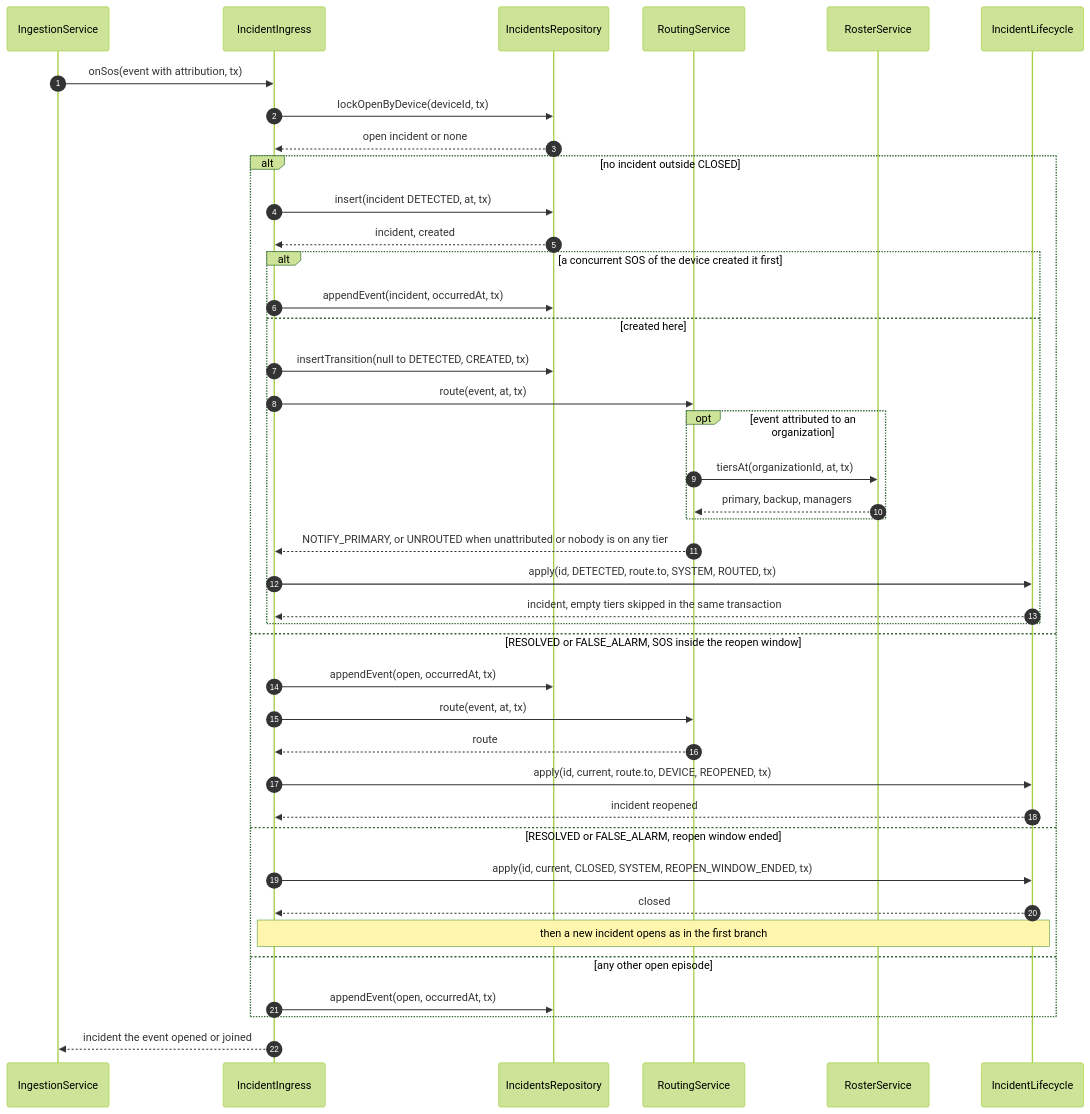
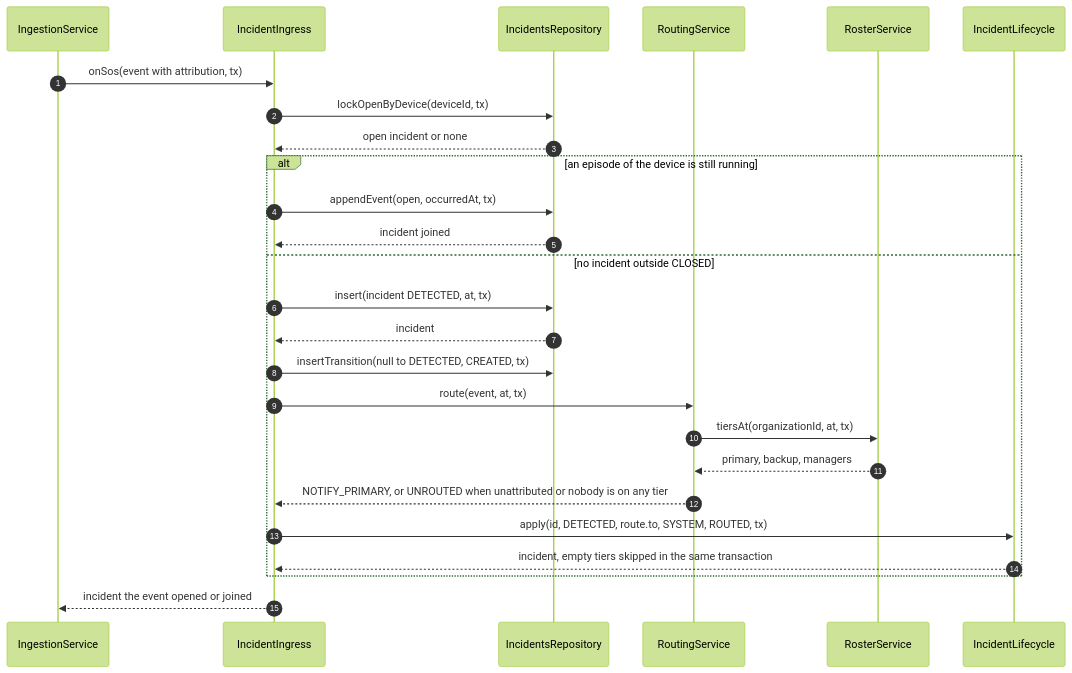
Before and after one commit to TrekLink-Team/treklink-web: the fifth of 10 diagrams in specs/incidents/design.md, drawn with Mermaid (forest theme). The commit also changed other lines of this file and 8 other files, not shown here.

First line of the commit message:
docs: draw one alt per incidents sequence again

````diff
--- a/specs/incidents/design.md
+++ b/specs/incidents/design.md
@@ -379,43 +379,28 @@
 ```mermaid
 sequenceDiagram
     autonumber
     participant G as IngestionService
     participant In as IncidentIngress
     participant R as IncidentsRepository
     participant Ro as RoutingService
     participant Os as RosterService
     participant L as IncidentLifecycle
     G->>In: onSos(event with attribution, tx)
     In->>R: lockOpenByDevice(deviceId, tx)
     R-->>In: open incident or none
-    alt no incident outside CLOSED
+    alt an episode of the device is still running
+        In->>R: appendEvent(open, occurredAt, tx)
+        R-->>In: incident joined
+    else no incident outside CLOSED
         In->>R: insert(incident DETECTED, at, tx)
-        R-->>In: incident, created
-        alt a concurrent SOS of the device created it first
-            In->>R: appendEvent(incident, occurredAt, tx)
-        else created here
-            In->>R: insertTransition(null to DETECTED, CREATED, tx)
-            In->>Ro: route(event, at, tx)
-            opt event attributed to an organization
-                Ro->>Os: tiersAt(organizationId, at, tx)
-                Os-->>Ro: primary, backup, managers
-            end
-            Ro-->>In: NOTIFY_PRIMARY, or UNROUTED when unattributed or nobody is on any tier
-            In->>L: apply(id, DETECTED, route.to, SYSTEM, ROUTED, tx)
-            L-->>In: incident, empty tiers skipped in the same transaction
-        end
-    else RESOLVED or FALSE_ALARM, SOS inside the reopen window
-        In->>R: appendEvent(open, occurredAt, tx)
+        R-->>In: incident
+        In->>R: insertTransition(null to DETECTED, CREATED, tx)
         In->>Ro: route(event, at, tx)
-        Ro-->>In: route
-        In->>L: apply(id, current, route.to, DEVICE, REOPENED, tx)
-        L-->>In: incident reopened
-    else RESOLVED or FALSE_ALARM, reopen window ended
-        In->>L: apply(id, current, CLOSED, SYSTEM, REOPEN_WINDOW_ENDED, tx)
-        L-->>In: closed
-        Note over In,L: then a new incident opens as in the first branch
-    else any other open episode
-        In->>R: appendEvent(open, occurredAt, tx)
+        Ro->>Os: tiersAt(organizationId, at, tx)
+        Os-->>Ro: primary, backup, managers
+        Ro-->>In: NOTIFY_PRIMARY, or UNROUTED when unattributed or nobody is on any tier
+        In->>L: apply(id, DETECTED, route.to, SYSTEM, ROUTED, tx)
+        L-->>In: incident, empty tiers skipped in the same transaction
     end
     In-->>G: incident the event opened or joined
 ```
````
